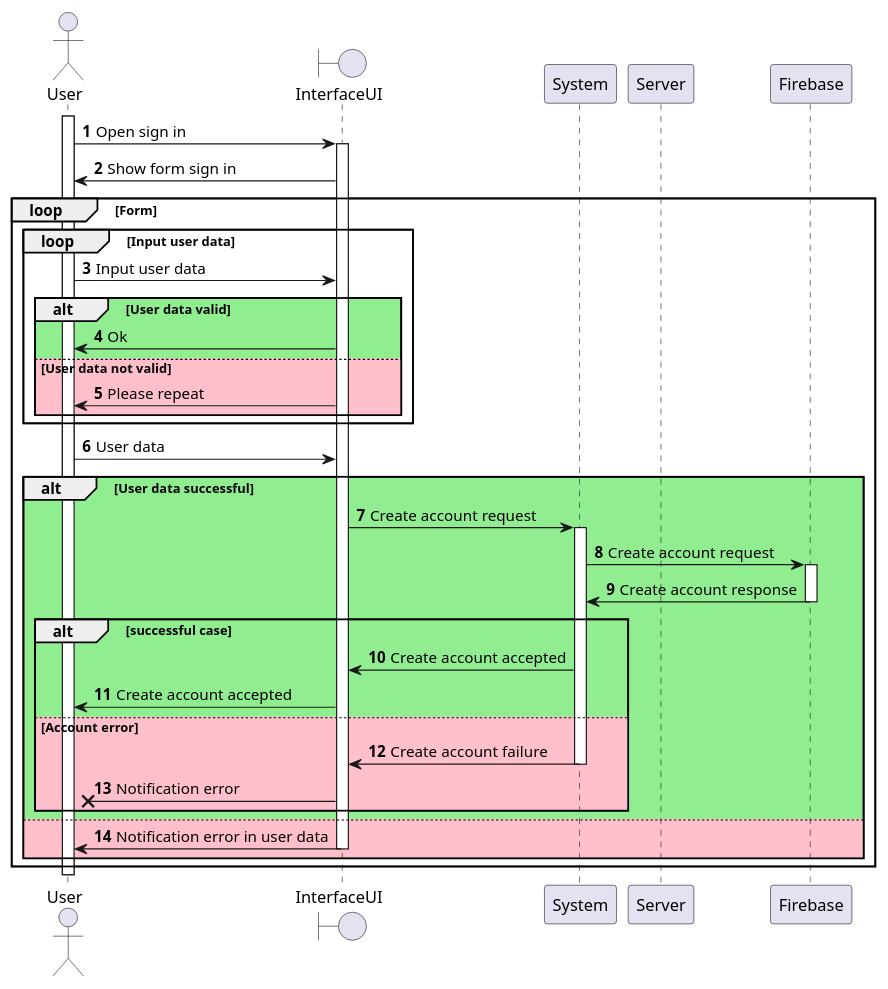
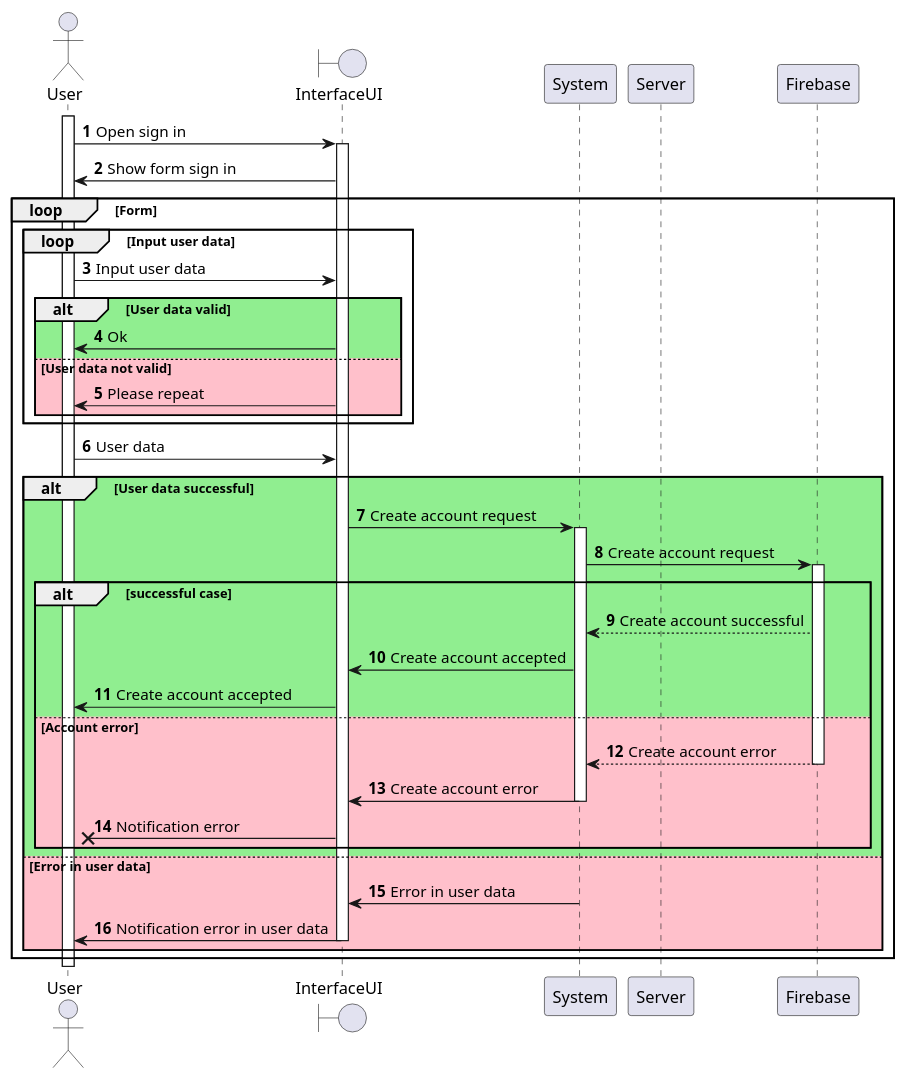
Before and after one commit to nonodev96/THUMDER: the diagram in UML/4.1.SignIn.puml, drawn with PlantUML. The commit also changed 29 other files, not shown here.

```diff
--- a/UML/4.1.SignIn.puml
+++ b/UML/4.1.SignIn.puml
@@ -1,54 +1,56 @@
 @startuml
 'https://plantuml.com/sequence-diagram
 
 autonumber
 actor User
 boundary InterfaceUI
 participant System
 participant Server
 participant Firebase
 
 activate User
 User -> InterfaceUI: Open sign in
 activate InterfaceUI
 User <- InterfaceUI: Show form sign in
 
 loop Form
   loop Input user data
     User -> InterfaceUI: Input user data
     alt #LightGreen User data valid
-        User <- InterfaceUI: Ok
+      User <- InterfaceUI: Ok
     else #Pink User data not valid
       User <- InterfaceUI: Please repeat
     end
   end
 
   User -> InterfaceUI: User data
 
   alt #LightGreen User data successful
     InterfaceUI -> System: Create account request
     activate System
     System -> Firebase: Create account request
     activate Firebase
-    System <- Firebase: Create account response
-    deactivate Firebase
     alt #LightGreen successful case
-        InterfaceUI <- System: Create account accepted
-        User <- InterfaceUI: Create account accepted
+      System <-- Firebase: Create account successful
+      InterfaceUI <- System: Create account accepted
+      User <- InterfaceUI: Create account accepted
     else #Pink Account error
-        InterfaceUI <- System: Create account failure
-        deactivate System
-        User x<- InterfaceUI: Notification error
+      System <-- Firebase: Create account error
+      deactivate Firebase
+      InterfaceUI <- System: Create account error
+      deactivate System
+      User x<- InterfaceUI: Notification error
     end
-  else #Pink
+  else #Pink Error in user data
+    InterfaceUI <- System: Error in user data
     User <- InterfaceUI: Notification error in user data
     deactivate InterfaceUI
   end
 
 end
 
 
 
 deactivate User
 
 @enduml
```
